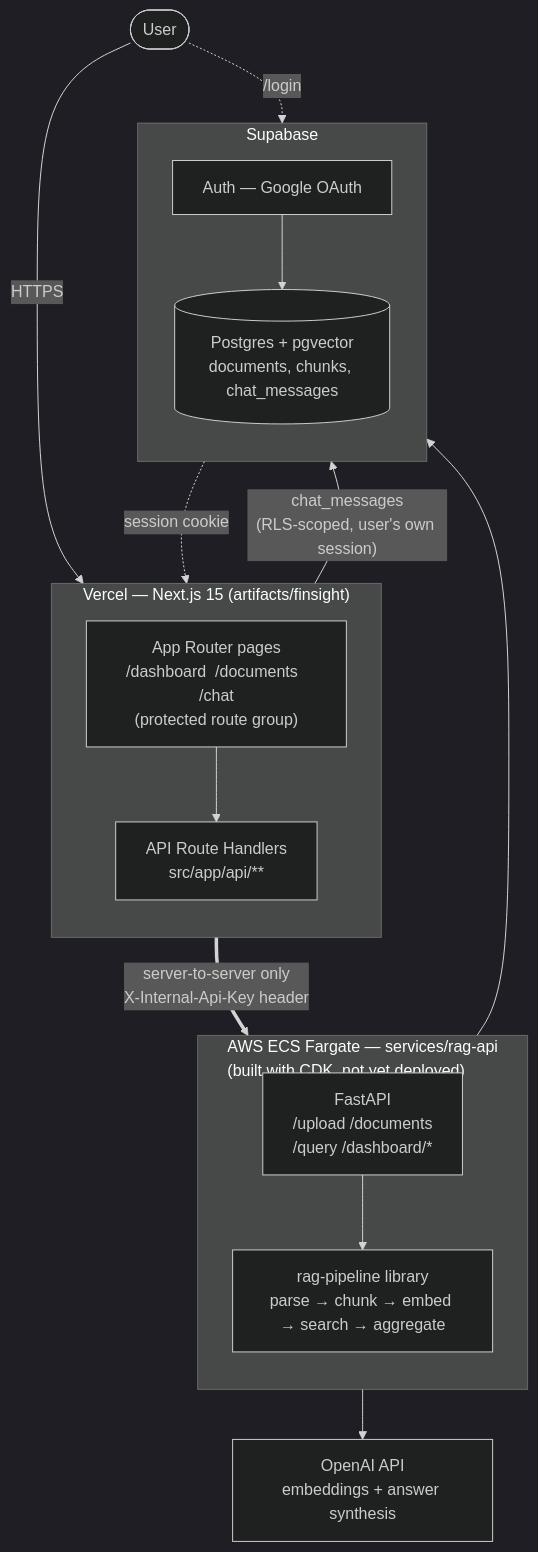
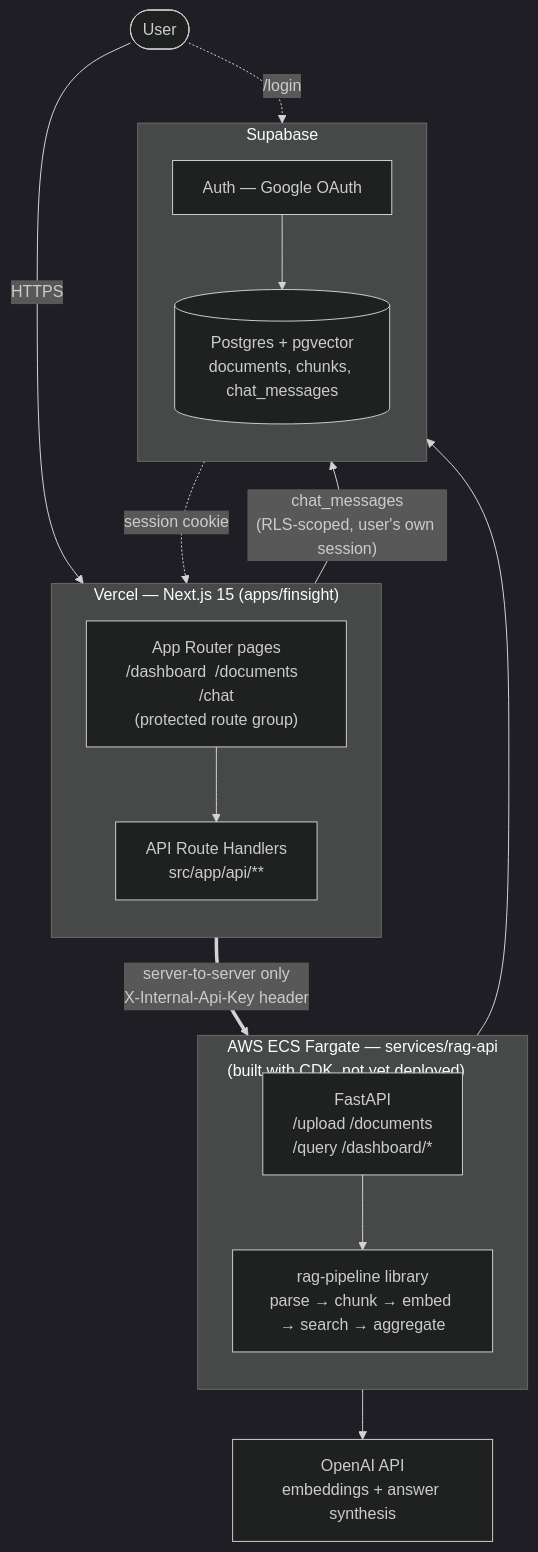
The diagram in README.md (CristhianRichard94/Financial-Assistant), drawn with Mermaid (dark theme) before and after one commit. The commit also changed other lines of this file and 129 other files, not shown here.

First line of the commit message:
Rename artifacts/ to apps/ for clearer monorepo structure

````diff
--- a/README.md
+++ b/README.md
@@ -28,35 +28,35 @@
 ```mermaid
 flowchart TB
     User(["User"])
 
-    subgraph Vercel["Vercel — Next.js 15 (artifacts/finsight)"]
+    subgraph Vercel["Vercel — Next.js 15 (apps/finsight)"]
         direction TB
         Pages["App Router pages\n/dashboard  /documents  /chat\n(protected route group)"]
         API["API Route Handlers\nsrc/app/api/**"]
         Pages --> API
     end
 
     subgraph Backend["AWS ECS Fargate — services/rag-api\n(built with CDK, not yet deployed)"]
         direction TB
         RagApi["FastAPI\n/upload /documents\n/query  /dashboard/*"]
         Pipeline["rag-pipeline library\nparse → chunk → embed → search → aggregate"]
         RagApi --> Pipeline
     end
 
     subgraph Supabase["Supabase"]
         direction TB
         SAuth["Auth — Google OAuth"]
         SDB[("Postgres + pgvector\ndocuments, chunks, chat_messages")]
     end
 
     OpenAI["OpenAI API\nembeddings + answer synthesis"]
 
     User -->|HTTPS| Pages
     User -.->|"/login"| SAuth
     SAuth -.->|session cookie| Pages
     API ==>|"server-to-server only\nX-Internal-Api-Key header"| RagApi
     API -->|"chat_messages\n(RLS-scoped, user's own session)"| SDB
     Pipeline --> OpenAI
     Pipeline --> SDB
     SAuth --> SDB
 ```
````
